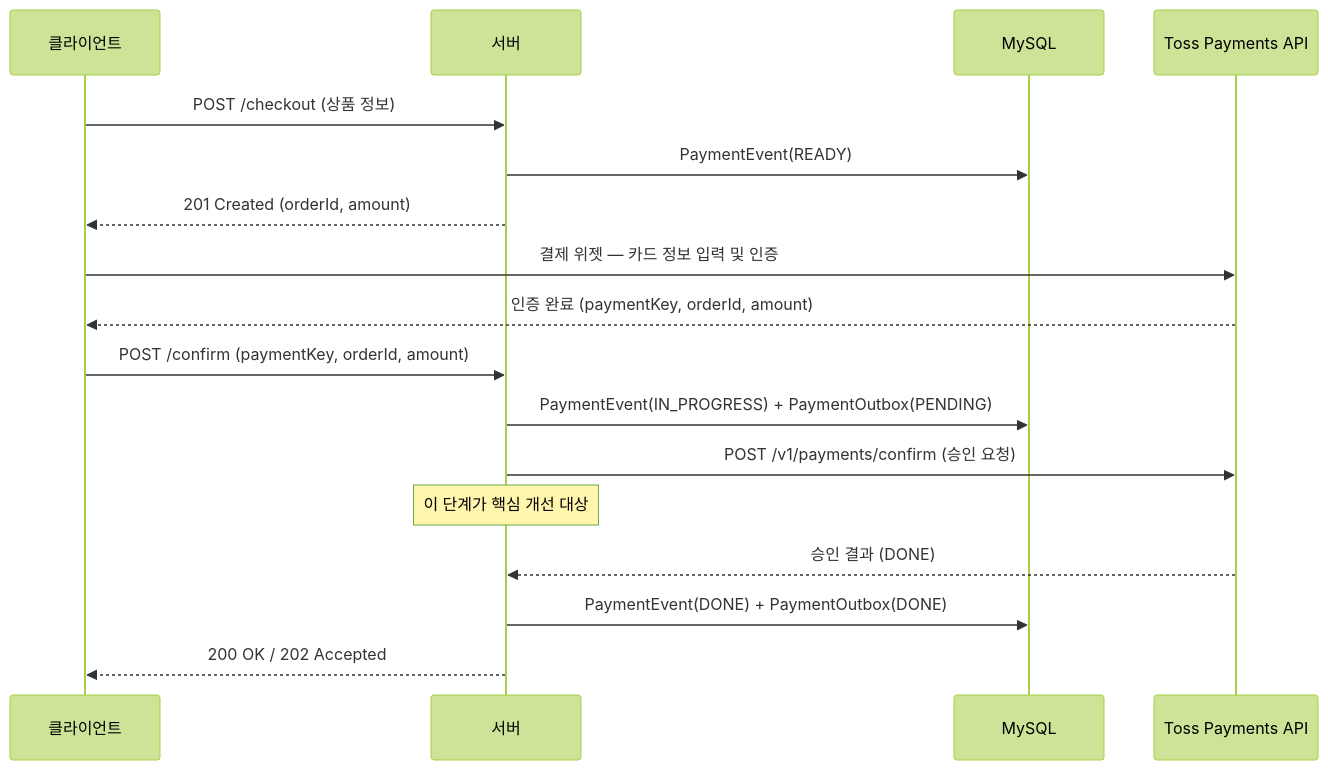
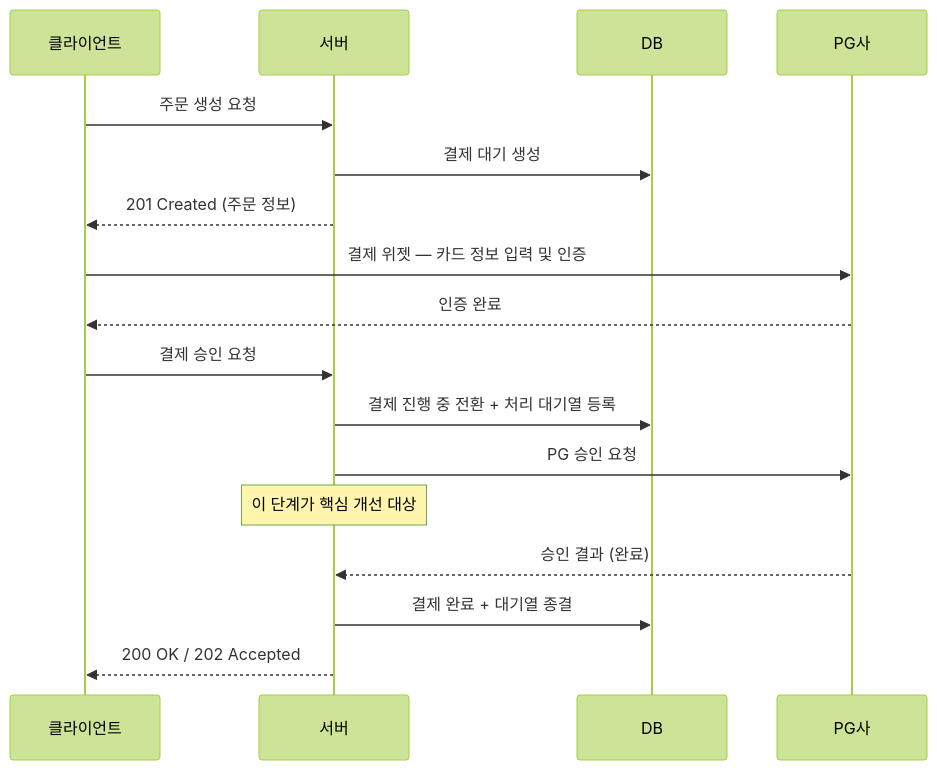
One commit to hyoguoo/hyoguoo.github.io changed the first of 8 diagrams in src/content/docs/blog/async-payment-flow.md. Above: the diagram before and after it, drawn with Mermaid (forest theme). The commit also changed other lines of this file and 1 other file, not shown here.

````diff
--- a/src/content/docs/blog/async-payment-flow.md
+++ b/src/content/docs/blog/async-payment-flow.md
@@ -48,19 +51,19 @@
 ```mermaid
 sequenceDiagram
     participant Client as 클라이언트
     participant Server as 서버
-    participant DB as MySQL
-    participant Toss as Toss Payments API
-    Client ->> Server: POST /checkout (상품 정보)
-    Server ->> DB: PaymentEvent(READY)
-    Server -->> Client: 201 Created (orderId, amount)
-    Client ->> Toss: 결제 위젯 — 카드 정보 입력 및 인증
-    Toss -->> Client: 인증 완료 (paymentKey, orderId, amount)
-    Client ->> Server: POST /confirm (paymentKey, orderId, amount)
-    Server ->> DB: PaymentEvent(IN_PROGRESS) + PaymentOutbox(PENDING)
-    Server ->> Toss: POST /v1/payments/confirm (승인 요청)
+    participant DB as DB
+    participant PG as PG사
+    Client ->> Server: 주문 생성 요청
+    Server ->> DB: 결제 대기 생성
+    Server -->> Client: 201 Created (주문 정보)
+    Client ->> PG: 결제 위젯 — 카드 정보 입력 및 인증
+    PG -->> Client: 인증 완료
+    Client ->> Server: 결제 승인 요청
+    Server ->> DB: 결제 진행 중 전환 + 처리 대기열 등록
+    Server ->> PG: PG 승인 요청
     Note over Server: 이 단계가 핵심 개선 대상
-    Toss -->> Server: 승인 결과 (DONE)
-    Server ->> DB: PaymentEvent(DONE) + PaymentOutbox(DONE)
+    PG -->> Server: 승인 결과 (완료)
+    Server ->> DB: 결제 완료 + 대기열 종결
     Server -->> Client: 200 OK / 202 Accepted
 ```
````
